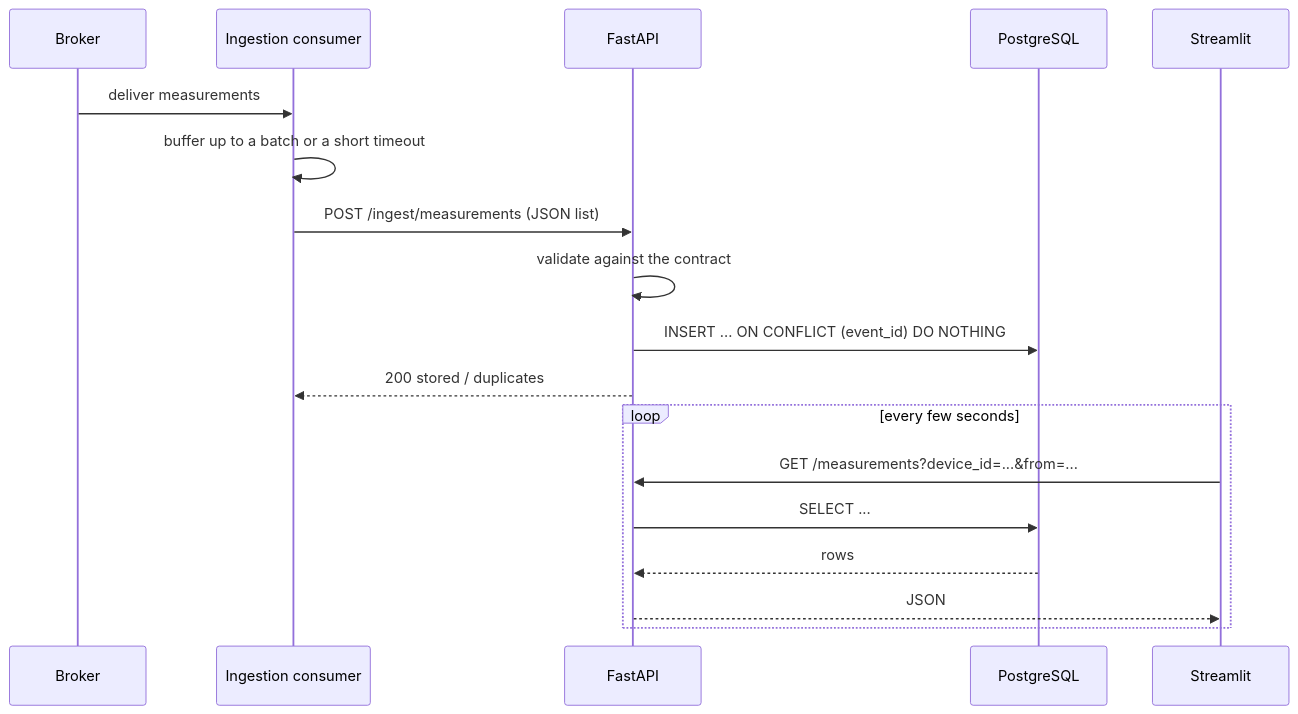
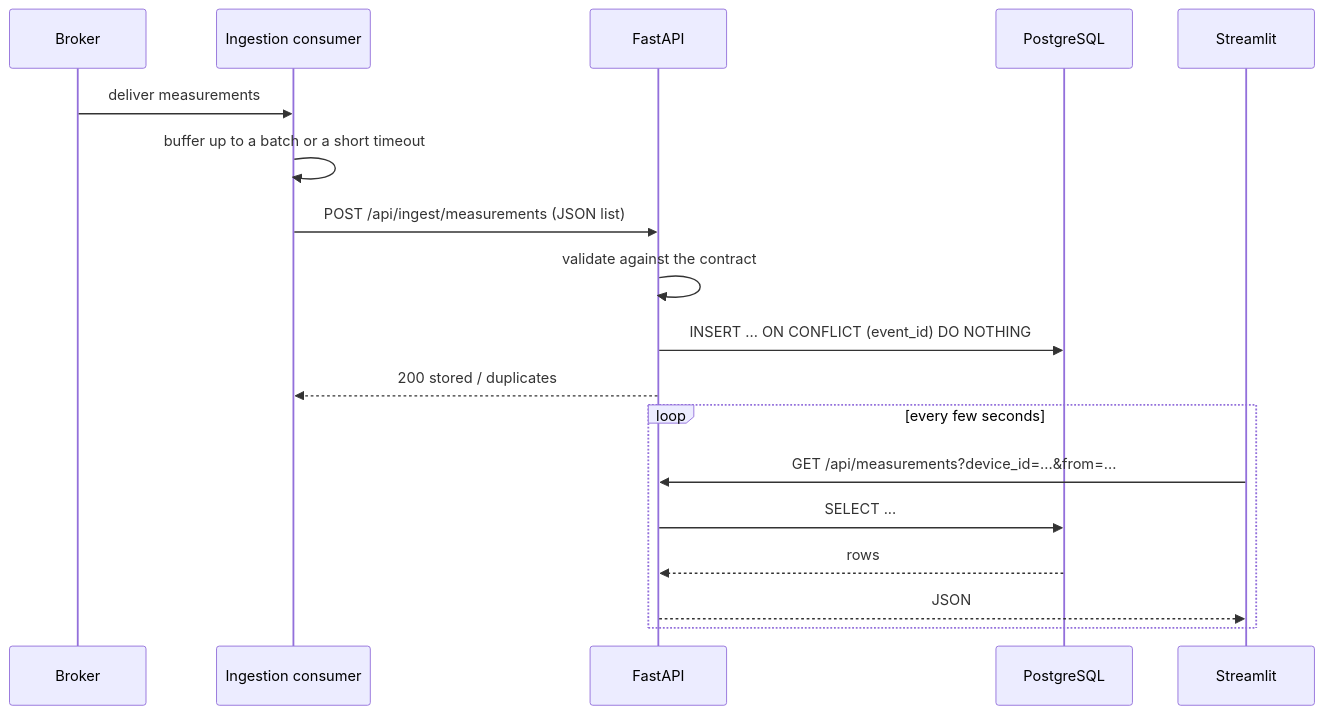
The third of 5 diagrams in docs/design.md (Mariojamjam/monitoring-mqtt), drawn with Mermaid before and after one commit. The commit also changed other lines of this file and 15 other files, not shown here.

````diff
--- a/docs/design.md
+++ b/docs/design.md
@@ -198,20 +198,20 @@
 ```mermaid
 sequenceDiagram
   participant B as Broker
   participant I as Ingestion consumer
   participant A as FastAPI
   participant DB as PostgreSQL
   participant S as Streamlit
   B->>I: deliver measurements
   I->>I: buffer up to a batch or a short timeout
-  I->>A: POST /ingest/measurements (JSON list)
+  I->>A: POST /api/ingest/measurements (JSON list)
   A->>A: validate against the contract
   A->>DB: INSERT ... ON CONFLICT (event_id) DO NOTHING
   A-->>I: 200 stored / duplicates
   loop every few seconds
-    S->>A: GET /measurements?device_id=...&from=...
+    S->>A: GET /api/measurements?device_id=...&from=...
     A->>DB: SELECT ...
     DB-->>A: rows
     A-->>S: JSON
   end
 ```
````
